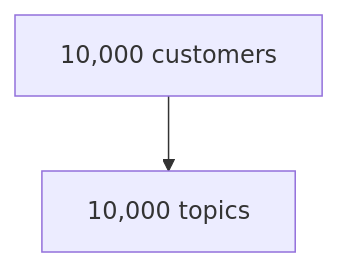
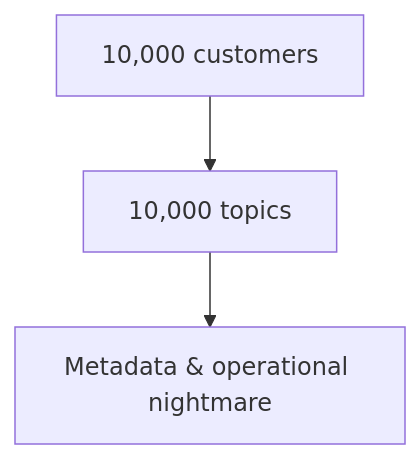
Diagram 13 of 29 in files/08-edge-cases/Tier-1-Production-Failures.md (pankajThakur1874/studysheet), drawn with Mermaid before and after one commit. The commit also changed other lines of this file and 5 other files, not shown here.

````diff
--- a/files/08-edge-cases/Tier-1-Production-Failures.md
+++ b/files/08-edge-cases/Tier-1-Production-Failures.md
@@ -502,4 +578,5 @@
 ```mermaid
 flowchart TD
     A["10,000 customers"] --> B["10,000 topics"]
+    B --> C["Metadata & operational nightmare"]
 ```
````
